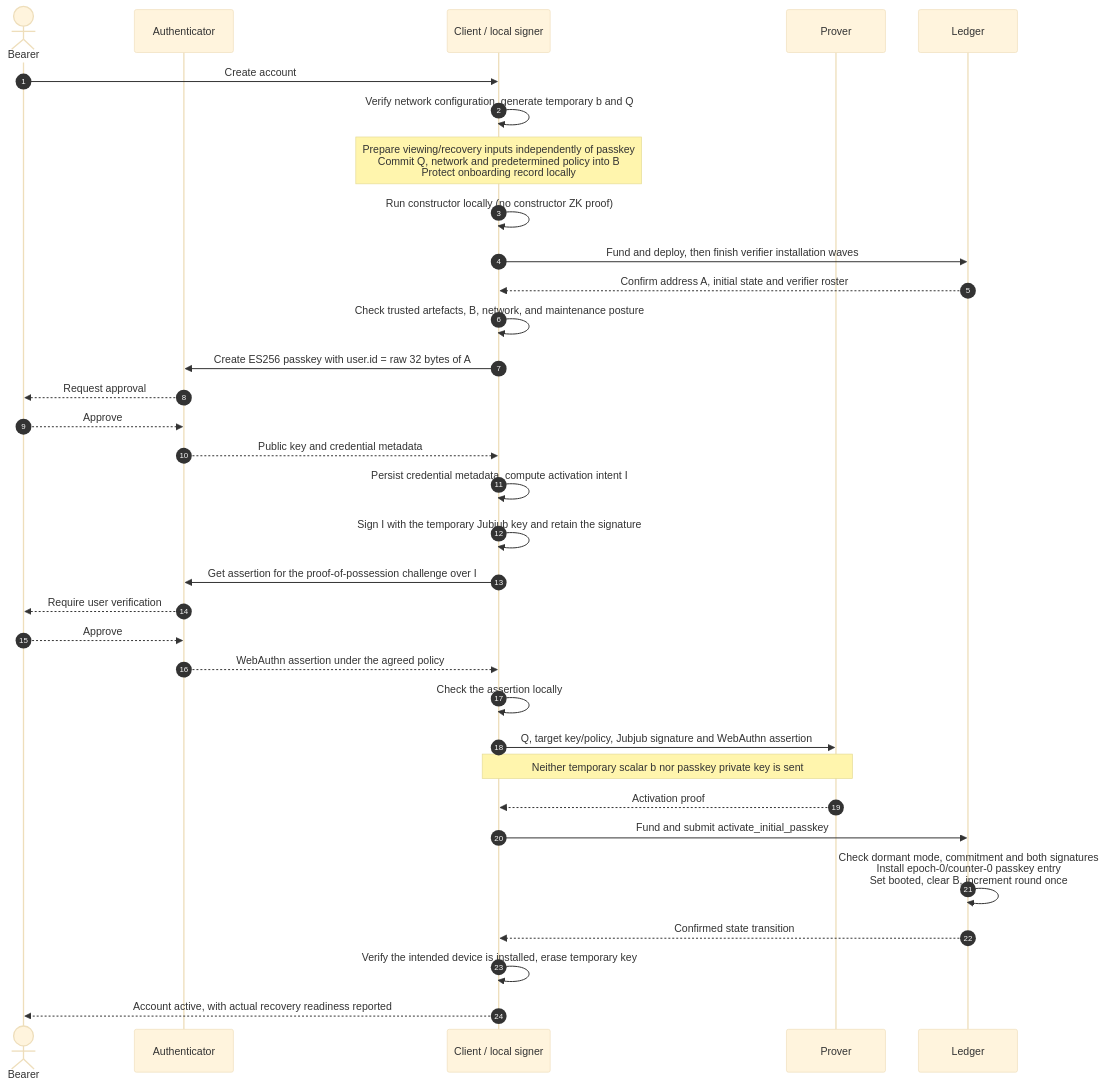
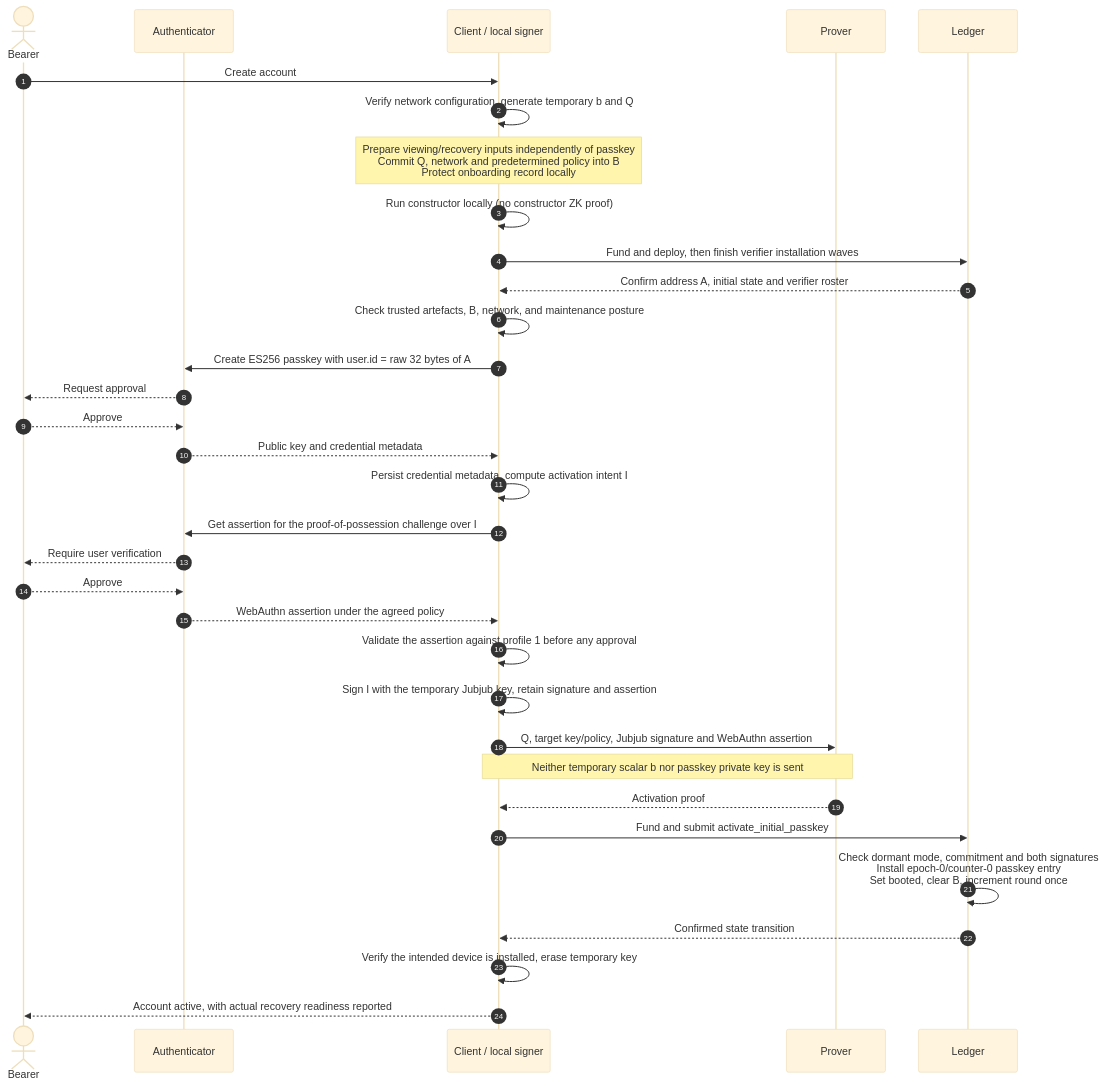
Before and after one commit to midnightntwrk/passport: the diagram in docs/protocol-flows/02-temporary-jubjub-bootstrap.md, drawn with Mermaid (base theme). The commit also changed other lines of this file and 1 other file, not shown here.

First line of the commit message:
Validate the passkey before approval and scope the re-registration guard

````diff
--- a/docs/protocol-flows/02-temporary-jubjub-bootstrap.md
+++ b/docs/protocol-flows/02-temporary-jubjub-bootstrap.md
@@ -34,36 +34,36 @@
 ```mermaid
 sequenceDiagram
     autonumber
     actor Bearer
     participant Auth as Authenticator
     participant Client as Client / local signer
     participant Prover
     participant Ledger
 
     Bearer->>Client: Create account
     Client->>Client: Verify network configuration, generate temporary b and Q
     Note over Client: Prepare viewing/recovery inputs independently of passkey<br/>Commit Q, network and predetermined policy into B<br/>Protect onboarding record locally
     Client->>Client: Run constructor locally (no constructor ZK proof)
     Client->>Ledger: Fund and deploy, then finish verifier installation waves
     Ledger-->>Client: Confirm address A, initial state and verifier roster
     Client->>Client: Check trusted artefacts, B, network, and maintenance posture
     Client->>Auth: Create ES256 passkey with user.id = raw 32 bytes of A
     Auth-->>Bearer: Request approval
     Bearer-->>Auth: Approve
     Auth-->>Client: Public key and credential metadata
     Client->>Client: Persist credential metadata, compute activation intent I
-    Client->>Client: Sign I with the temporary Jubjub key and retain the signature
     Client->>Auth: Get assertion for the proof-of-possession challenge over I
     Auth-->>Bearer: Require user verification
     Bearer-->>Auth: Approve
     Auth-->>Client: WebAuthn assertion under the agreed policy
-    Client->>Client: Check the assertion locally
+    Client->>Client: Validate the assertion against profile 1 before any approval
+    Client->>Client: Sign I with the temporary Jubjub key, retain signature and assertion
     Client->>Prover: Q, target key/policy, Jubjub signature and WebAuthn assertion
     Note over Client,Prover: Neither temporary scalar b nor passkey private key is sent
     Prover-->>Client: Activation proof
     Client->>Ledger: Fund and submit activate_initial_passkey
     Ledger->>Ledger: Check dormant mode, commitment and both signatures<br/>Install epoch-0/counter-0 passkey entry<br/>Set booted, clear B, increment round once
     Ledger-->>Client: Confirmed state transition
     Client->>Client: Verify the intended device is installed, erase temporary key
     Client-->>Bearer: Account active, with actual recovery readiness reported
 ```
````
